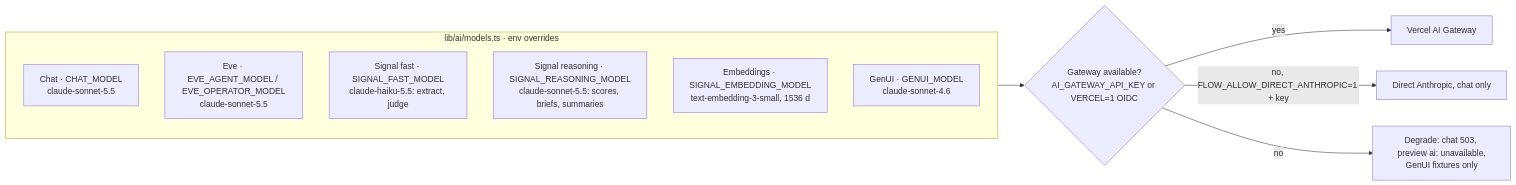
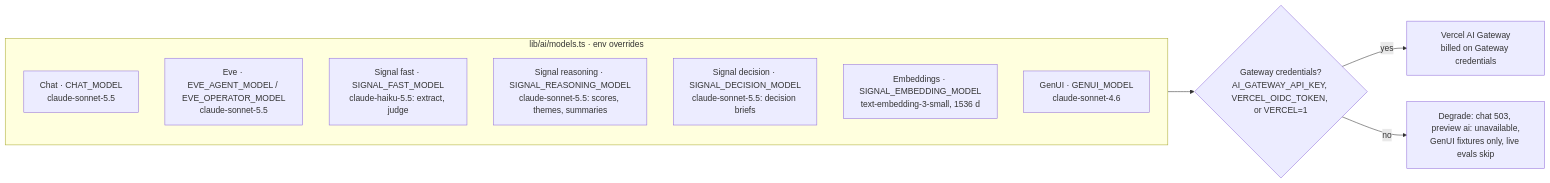
Before and after one commit to gaboesquivel/flow-signal: the sixth of 7 diagrams in docs/harness/agents.md, drawn with Mermaid. The commit also changed other lines of this file and 7 other files, not shown here.

First line of the commit message:
docs(harness): refresh diagrams for specs 006, 007, and 010 (#12)

````diff
--- a/docs/harness/agents.md
+++ b/docs/harness/agents.md
@@ -85,15 +100,15 @@
 ```mermaid
 flowchart LR
   subgraph Ids[lib/ai/models.ts · env overrides]
     CH[Chat · CHAT_MODEL<br/>claude-sonnet-5.5]
     EV[Eve · EVE_AGENT_MODEL / EVE_OPERATOR_MODEL<br/>claude-sonnet-5.5]
     FA[Signal fast · SIGNAL_FAST_MODEL<br/>claude-haiku-5.5: extract, judge]
-    RE[Signal reasoning · SIGNAL_REASONING_MODEL<br/>claude-sonnet-5.5: scores, briefs, summaries]
+    RE[Signal reasoning · SIGNAL_REASONING_MODEL<br/>claude-sonnet-5.5: scores, themes, summaries]
+    DE[Signal decision · SIGNAL_DECISION_MODEL<br/>claude-sonnet-5.5: decision briefs]
     EM[Embeddings · SIGNAL_EMBEDDING_MODEL<br/>text-embedding-3-small, 1536 d]
     GU[GenUI · GENUI_MODEL<br/>claude-sonnet-4.6]
   end
-  Ids --> GW{Gateway available?<br/>AI_GATEWAY_API_KEY or VERCEL=1 OIDC}
-  GW -->|yes| VG[Vercel AI Gateway]
-  GW -->|no, FLOW_ALLOW_DIRECT_ANTHROPIC=1 + key| DA[Direct Anthropic, chat only]
-  GW -->|no| DEG[Degrade: chat 503, preview ai: unavailable,<br/>GenUI fixtures only]
+  Ids --> GW{Gateway credentials?<br/>AI_GATEWAY_API_KEY, VERCEL_OIDC_TOKEN, or VERCEL=1}
+  GW -->|yes| VG[Vercel AI Gateway<br/>billed on Gateway credentials]
+  GW -->|no| DEG[Degrade: chat 503, preview ai: unavailable,<br/>GenUI fixtures only, live evals skip]
 ```
````
